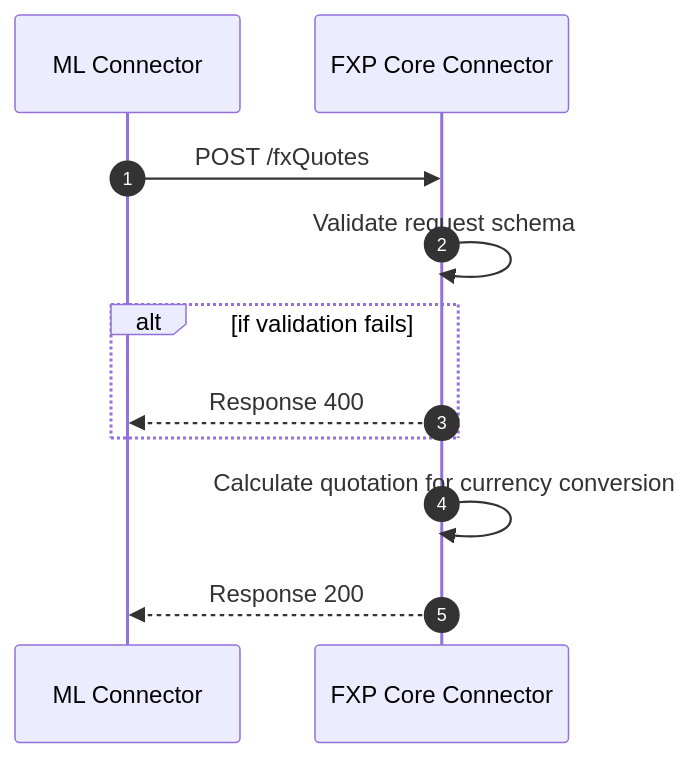
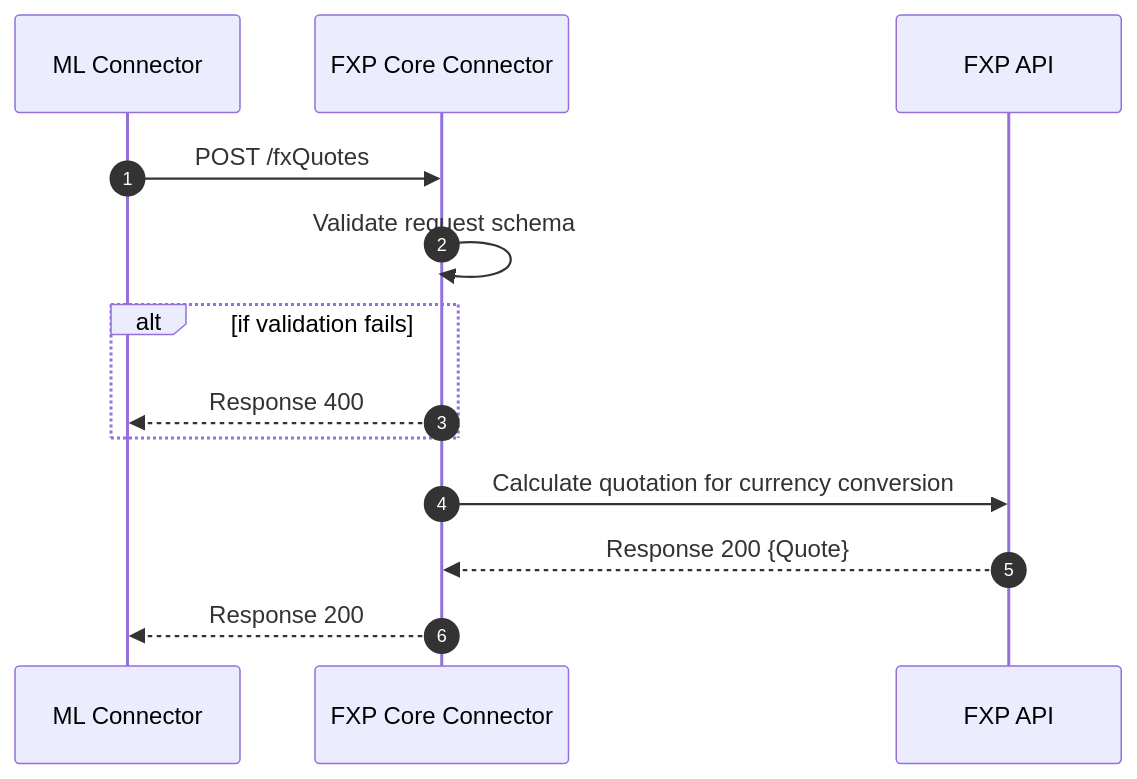
Before and after one commit to mojaloop/ml-reference-connectors: the diagram in packages/core-connector-lib/docs/fxp/fxp-fxQuotes.md, drawn with Mermaid. The commit also changed 1 other file, not shown here.

Commit message:
feat: added docs for the fxp core connector

````diff
--- a/packages/core-connector-lib/docs/fxp/fxp-fxQuotes.md
+++ b/packages/core-connector-lib/docs/fxp/fxp-fxQuotes.md
@@ -5,11 +5,12 @@
 ```mermaid
 sequenceDiagram
     autonumber
     ML Connector ->> FXP Core Connector: POST /fxQuotes
     FXP Core Connector ->> FXP Core Connector: Validate request schema
     Alt if validation fails
     FXP Core Connector -->> ML Connector: Response 400
     End
-    FXP Core Connector ->> FXP Core Connector: Calculate quotation for currency conversion
+    FXP Core Connector ->> FXP API: Calculate quotation for currency conversion
+    FXP API -->> FXP Core Connector: Response 200 {Quote}
     FXP Core Connector -->> ML Connector: Response 200
 ```
````
